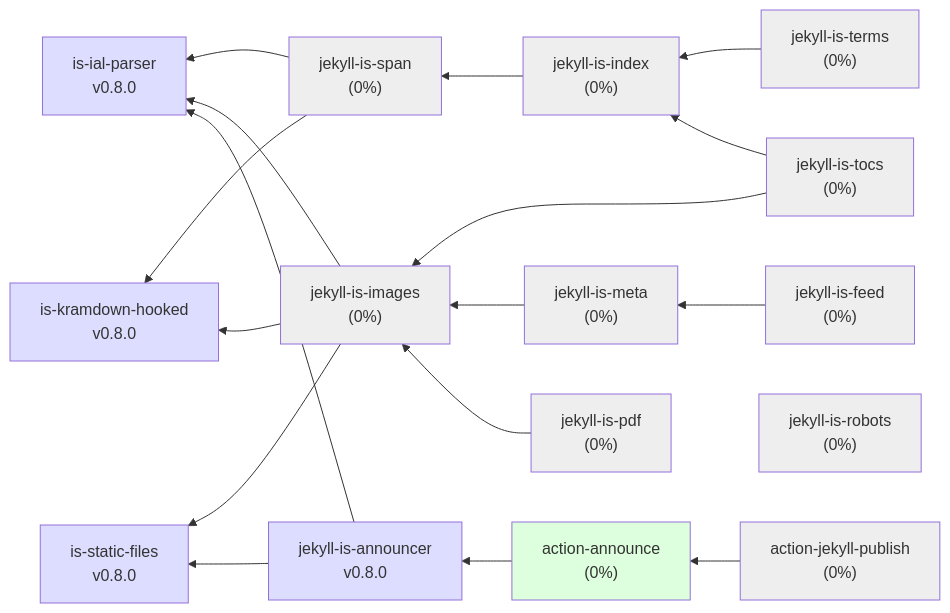
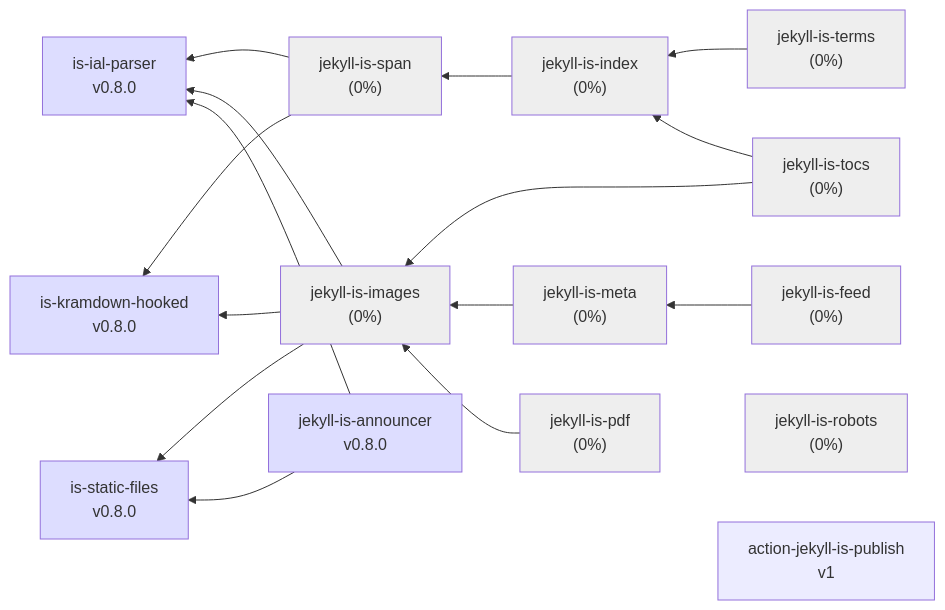
The diagram in profile/README.md (jekyll-is/.github), drawn with Mermaid before and after one commit. The commit also changed other lines of this file, not shown here.

````diff
--- a/profile/README.md
+++ b/profile/README.md
@@ -7,59 +7,56 @@
 ```mermaid
 graph RL
   ial["is-ial-parser<br>v0.8.0"]
   kramdown["is-kramdown-hooked<br>v0.8.0"]
   statics["is-static-files<br>v0.8.0"]
   span["jekyll-is-span<br>(0%)"] --> ial
   span --> kramdown
   index["jekyll-is-index<br>(0%)"] --> span
   abbr["jekyll-is-terms<br>(0%)"] --> index
   images["jekyll-is-images<br>(0%)"] --> ial
   images --> kramdown
   images --> statics
   tocs["jekyll-is-tocs<br>(0%)"] --> images
   tocs --> index
   meta["jekyll-is-meta<br>(0%)"] --> images
   feed["jekyll-is-feed<br>(0%)"] --> meta
   robots["jekyll-is-robots<br>(0%)"]
   announcer["jekyll-is-announcer<br>v0.8.0"] --> statics
   announcer --> ial
-  act-announce["action-announce<br>(0%)"] --> announcer
-  publish["action-jekyll-publish<br>(0%)"] --> act-announce
+  act-publish["action-jekyll-is-publish<br>v1"]
   pdf["jekyll-is-pdf<br>(0%)"] --> images
 
 click ial "https://github.com/jekyll-is/is-ial-parser"
 click kramdown "https://github.com/jekyll-is/is-kramdown-hooked"
 click announcer "https://github.com/jekyll-is/jekyll-is-announcer"
-click act-announce "https://github.com/jekyll-is/action-announce"
-click publish "https://github.com/jekyll-is/action-jekyll-publish"
+click act-publish "https://github.com/jekyll-is/action-jekyll-is-publish"
 click images "https://github.com/jekyll-is/jekyll-is-images"
 click robots "https://github.com/jekyll-is/jekyll-is-robots"
 click meta "https://github.com/jekyll-is/jekyll-is-meta"
 click pdf "https://github.com/jekyll-is/jekyll-is-pdf"
 click tocs "https://github.com/jekyll-is/jekyll-is-tocs"
 click feed "https://github.com/jekyll-is/jekyll-is-feed"
 click index "https://github.com/jekyll-is/jekyll-is-index"
 click span "https://github.com/jekyll-is/jekyll-is-span"
 click abbr "https://github.com/jekyll-is/jekyll-is-terms"
 click statics "https://github.com/jekyll-is/is-static-files"
 
 classDef green fill:#DFD
 classDef gray fill:#EEE
 classDef blue fill:#DDF
 
 class ial blue
 class kramdown blue
 class images gray
 class announcer blue
-class act-announce green
-class publish gray
+class act-publich blue
 class pdf gray
 class span gray
 class index gray
 class feed gray
 class meta gray
 class robots gray
 class tocs gray
 class abbr gray
 class statics blue
 ```
````
